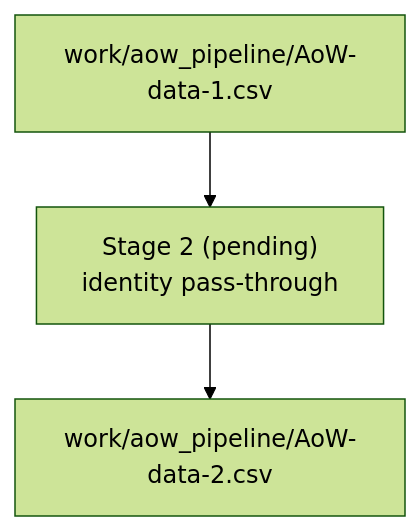
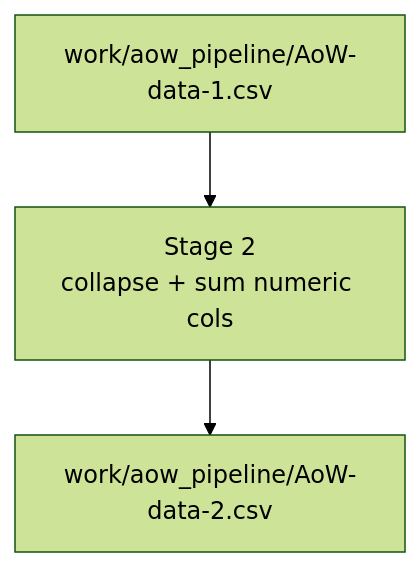
One commit to Dub1n/SotE-Detailed-Item-Descriptions changed the second of 3 diagrams in docs/aow_pipeline_overview.md. Above: the diagram before and after it, drawn with Mermaid (forest theme). The commit also changed other lines of this file and 3 other files, not shown here.

Commit message:
Move AoW build scripts and add stage2 collapse

````diff
--- a/docs/aow_pipeline_overview.md
+++ b/docs/aow_pipeline_overview.md
@@ -48,4 +50,4 @@
 ```mermaid
 flowchart TD
-  A["work/aow_pipeline/AoW-data-1.csv"] --> B["Stage 2 (pending)<br>identity pass-through"] --> C["work/aow_pipeline/AoW-data-2.csv"]
+  A["work/aow_pipeline/AoW-data-1.csv"] --> B["Stage 2<br>collapse + sum numeric cols"] --> C["work/aow_pipeline/AoW-data-2.csv"]
 ```
````
